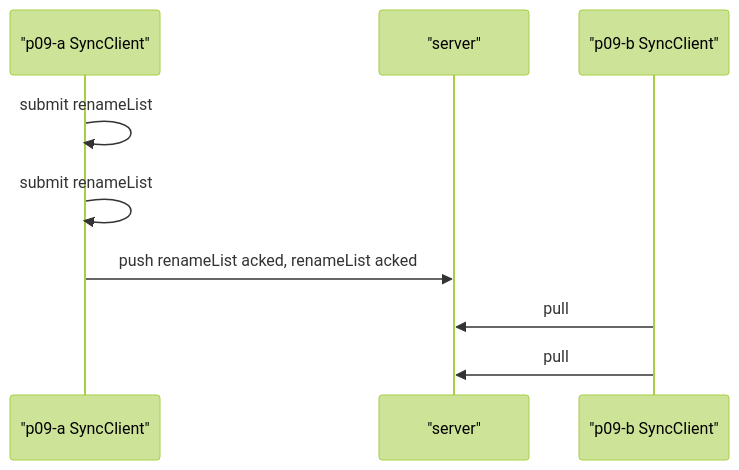
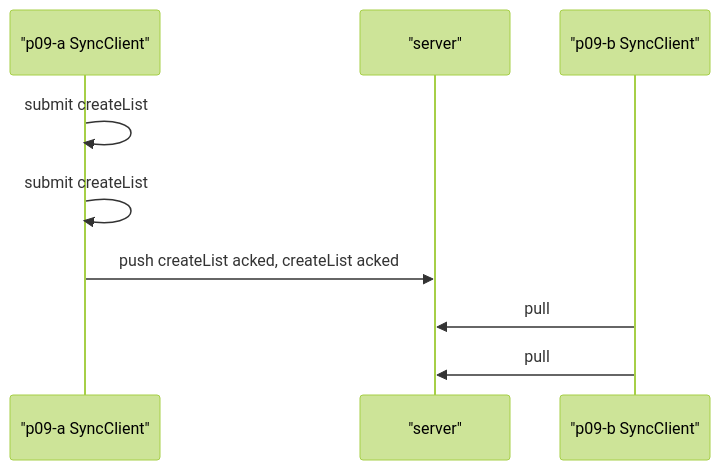
The second of 10 diagrams in docs/evidence/2026-09-22-p09.md (pietgk/viviefs), drawn with Mermaid (forest theme) before and after one commit. The commit also changed other lines of this file and 131 other files, not shown here.

````diff
--- a/docs/evidence/2026-09-22-p09.md
+++ b/docs/evidence/2026-09-22-p09.md
@@ -73,11 +73,11 @@
 ```mermaid
 sequenceDiagram
   participant p09_a_SyncClient as "p09-a SyncClient"
   participant server as "server"
   participant p09_b_SyncClient as "p09-b SyncClient"
-  p09_a_SyncClient->>p09_a_SyncClient: submit renameList
-  p09_a_SyncClient->>p09_a_SyncClient: submit renameList
-  p09_a_SyncClient->>server: push renameList acked, renameList acked
+  p09_a_SyncClient->>p09_a_SyncClient: submit createList
+  p09_a_SyncClient->>p09_a_SyncClient: submit createList
+  p09_a_SyncClient->>server: push createList acked, createList acked
   p09_b_SyncClient->>server: pull
   p09_b_SyncClient->>server: pull
 ```
````
